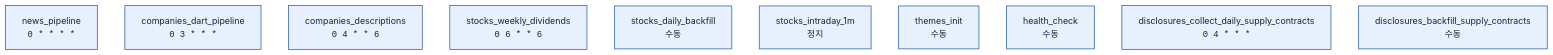
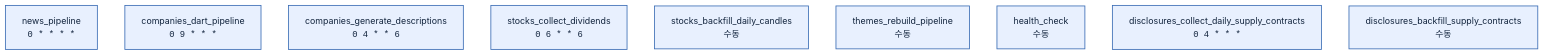
Before and after one commit to swmaestro-3back/finngraph-etl: the diagram in dags/README.md, drawn with Mermaid. The commit also changed other lines of this file and 21 other files, not shown here.

````diff
--- a/dags/README.md
+++ b/dags/README.md
@@ -59,16 +60,15 @@
 ```mermaid
 flowchart TB
     NP["news_pipeline<br/><code>0 * * * *</code>"]
-    CDP["companies_dart_pipeline<br/><code>0 3 * * *</code>"]
-    CDE["companies_descriptions<br/><code>0 4 * * 6</code>"]
-    SWD["stocks_weekly_dividends<br/><code>0 6 * * 6</code>"]
-    SDB["stocks_daily_backfill<br/>수동"]
-    SI1["stocks_intraday_1m<br/>정지"]
-    TR["themes_init<br/>수동"]
+    CDP["companies_dart_pipeline<br/><code>0 9 * * *</code>"]
+    CGD["companies_generate_descriptions<br/><code>0 4 * * 6</code>"]
+    SCD["stocks_collect_dividends<br/><code>0 6 * * 6</code>"]
+    SBD["stocks_backfill_daily_candles<br/>수동"]
+    TR["themes_rebuild_pipeline<br/>수동"]
     HC["health_check<br/>수동"]
     DCD["disclosures_collect_daily_supply_contracts<br/><code>0 4 * * *</code>"]
     DBF["disclosures_backfill_supply_contracts<br/>수동"]
 
     classDef cron fill:#e8f0fe,stroke:#3b6db5,stroke-width:1.5px,color:#12243d
-    class NP,CDP,CDE,SWD,SDB,SI1,TR,HC,DCD,DBF cron
+    class NP,CDP,CGD,SCD,SBD,TR,HC,DCD,DBF cron
 ```
````
